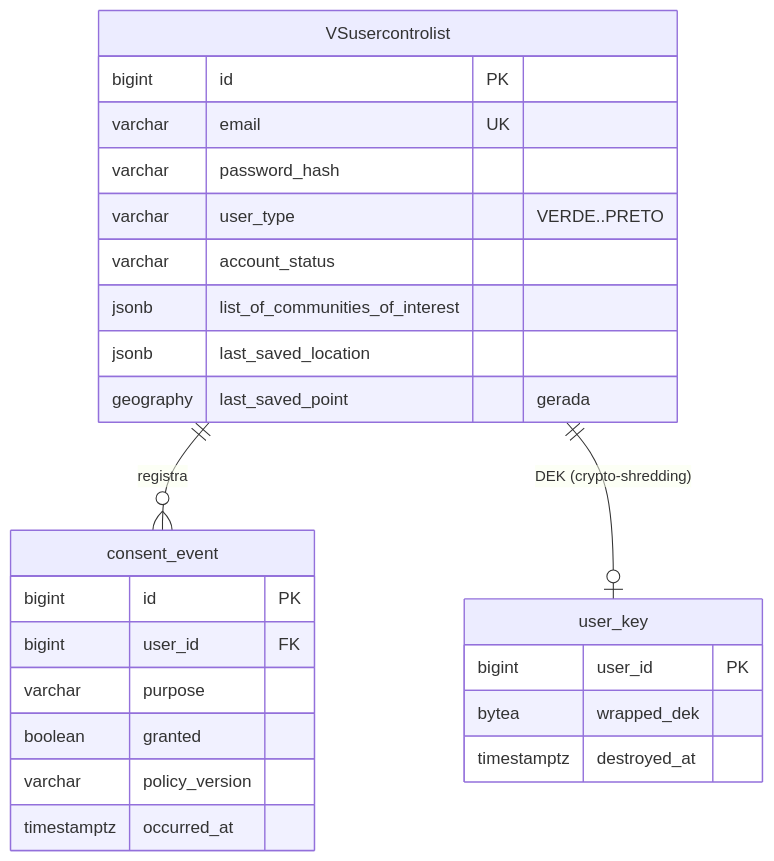
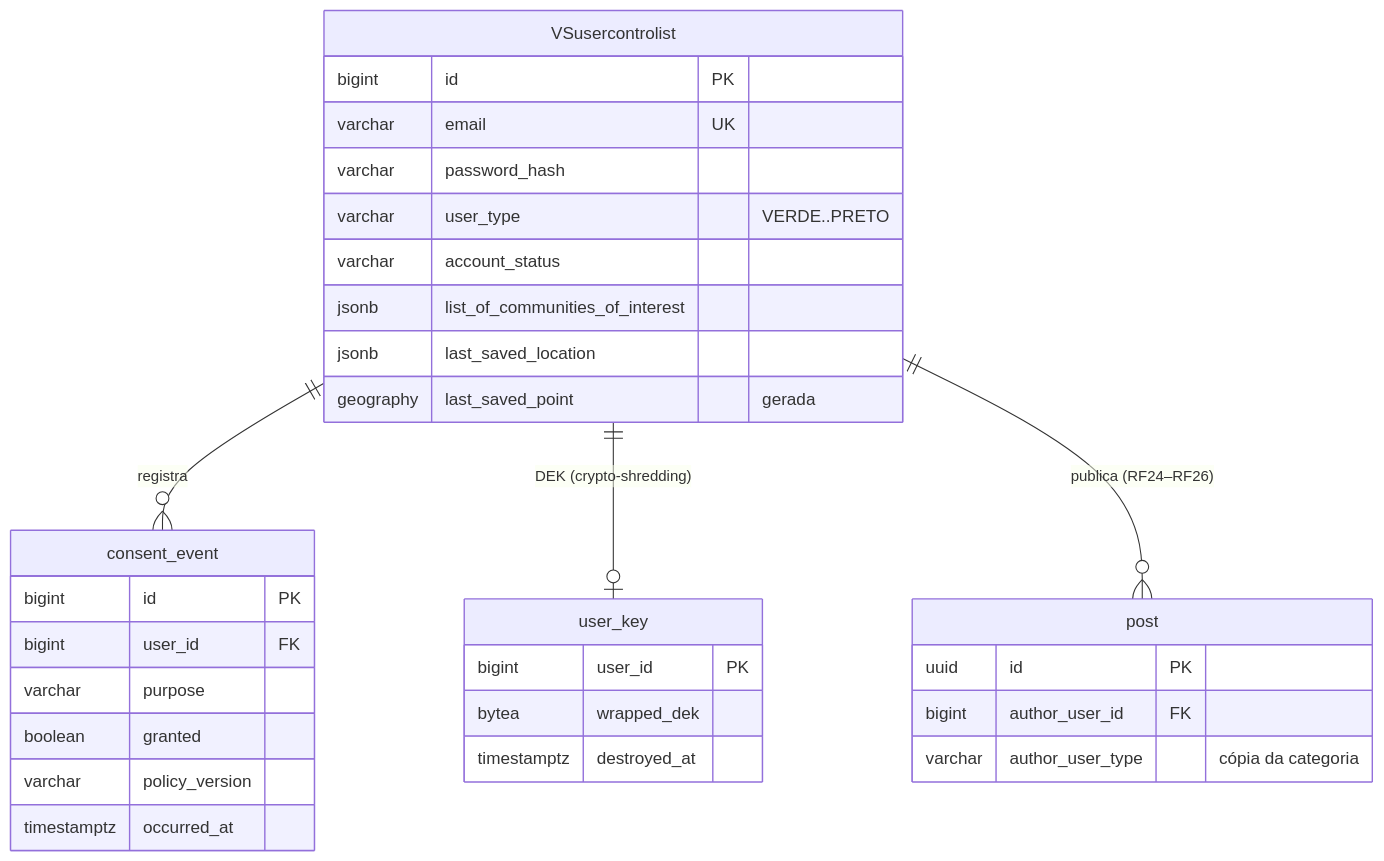
One commit to MatheusHaliski/orange_social_velion changed the third of 3 diagrams in docs/rf/RF01-cadastro-usuario.md. Above: the diagram before and after it, drawn with Mermaid. The commit also changed other lines of this file and 57 other files, not shown here.

First line of the commit message:
Add post detail, author profile and interactions (RF24-RF26) from the audit

````diff
--- a/docs/rf/RF01-cadastro-usuario.md
+++ b/docs/rf/RF01-cadastro-usuario.md
@@ -81,28 +81,34 @@
 ```mermaid
 erDiagram
     VSusercontrolist ||--o{ consent_event : registra
     VSusercontrolist ||--o| user_key : "DEK (crypto-shredding)"
+    VSusercontrolist ||--o{ post : "publica (RF24–RF26)"
     VSusercontrolist {
         bigint id PK
         varchar email UK
         varchar password_hash
         varchar user_type "VERDE..PRETO"
         varchar account_status
         jsonb list_of_communities_of_interest
         jsonb last_saved_location
         geography last_saved_point "gerada"
     }
     consent_event {
         bigint id PK
         bigint user_id FK
         varchar purpose
         boolean granted
         varchar policy_version
         timestamptz occurred_at
     }
     user_key {
         bigint user_id PK
         bytea wrapped_dek
         timestamptz destroyed_at
     }
+    post {
+        uuid id PK
+        bigint author_user_id FK
+        varchar author_user_type "cópia da categoria"
+    }
 ```
````
